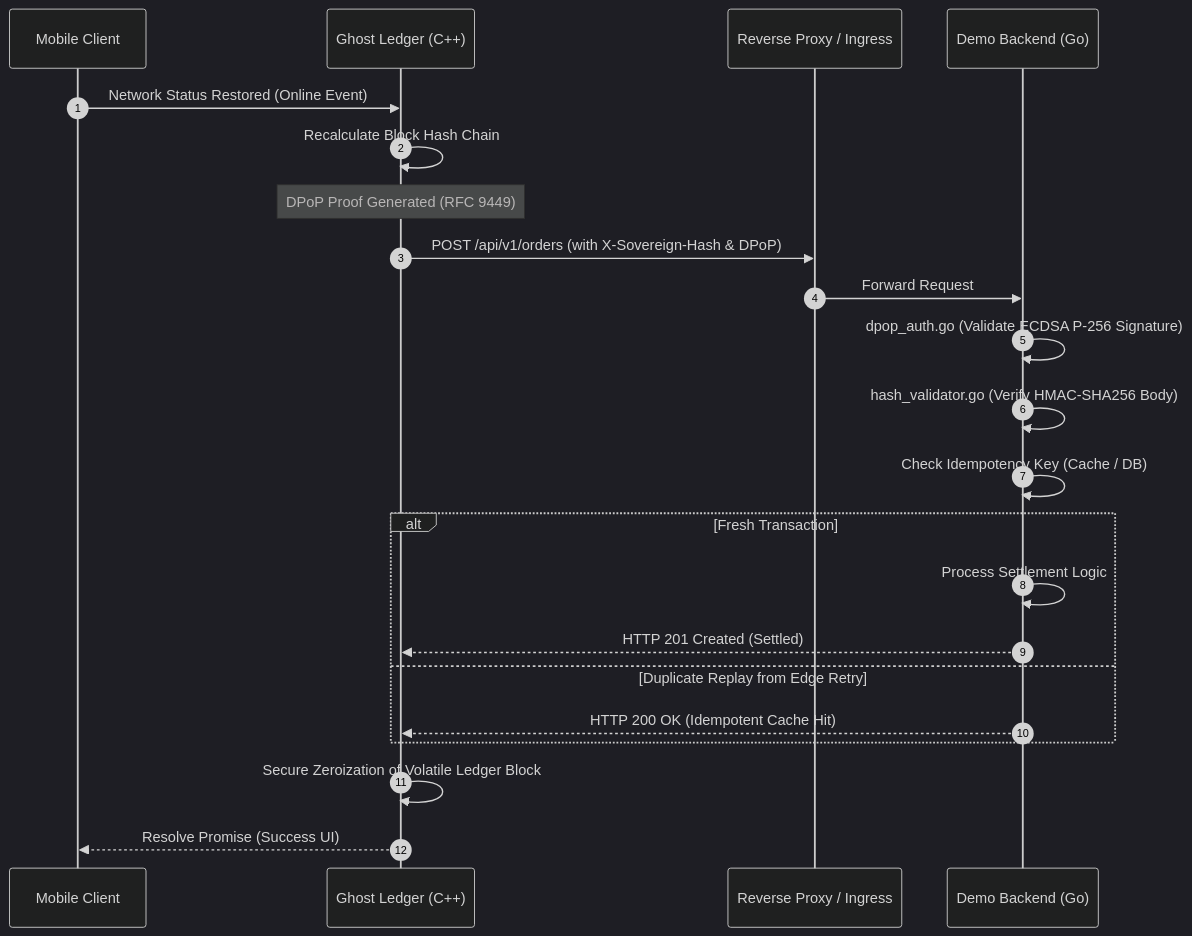
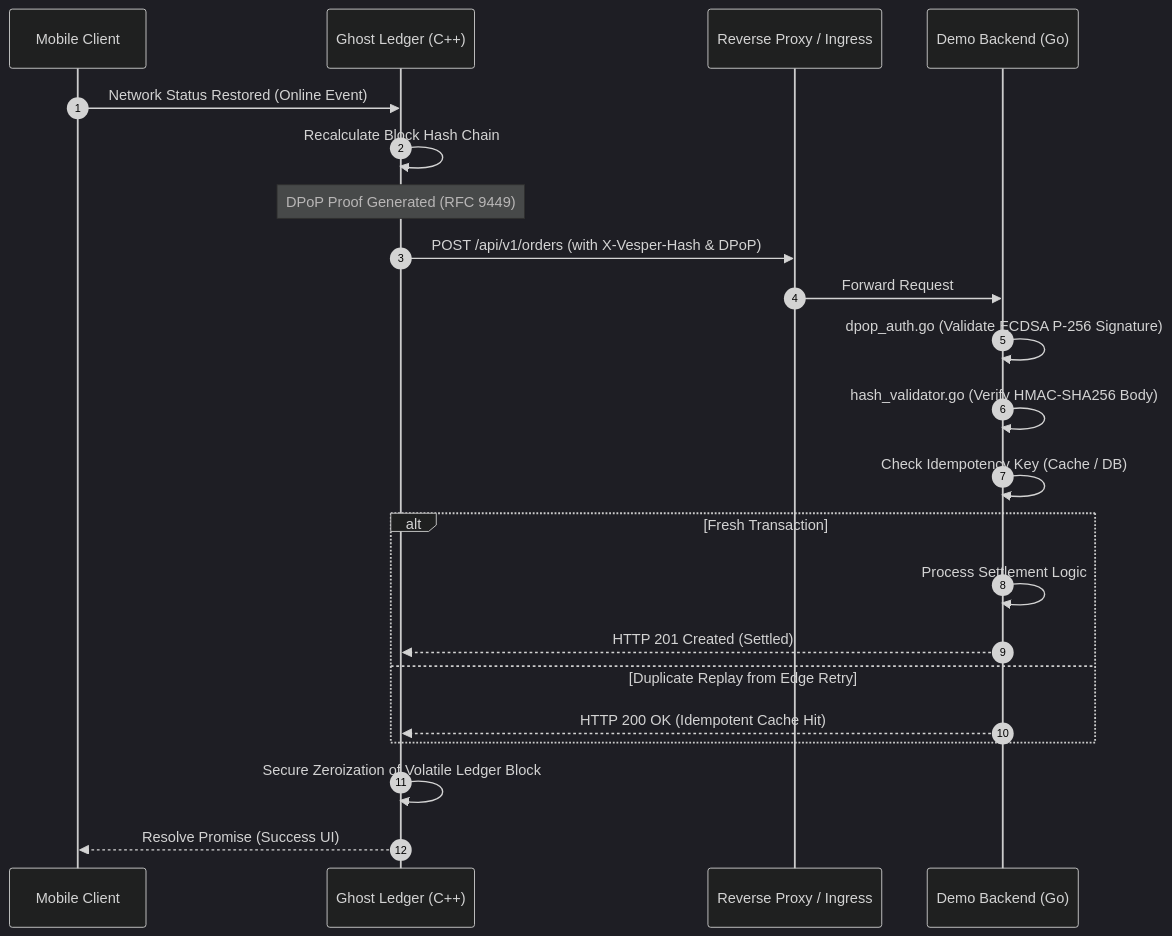
Before and after one commit to ChristianPastenC/vesper-platform: the second of 3 diagrams in docs/operational_resilience/bcp_drp_runbook.md, drawn with Mermaid (dark theme). The commit also changed other lines of this file and 267 other files, not shown here.

````diff
--- a/docs/operational_resilience/bcp_drp_runbook.md
+++ b/docs/operational_resilience/bcp_drp_runbook.md
@@ -66,27 +66,27 @@
 ```mermaid
 sequenceDiagram
     autonumber
     participant App as Mobile Client
     participant Core as Ghost Ledger (C++)
     participant Gateway as Reverse Proxy / Ingress
     participant Verifier as Demo Backend (Go)
 
     App->>Core: Network Status Restored (Online Event)
     Core->>Core: Recalculate Block Hash Chain
     Note over Core: DPoP Proof Generated (RFC 9449)
-    Core->>Gateway: POST /api/v1/orders (with X-Sovereign-Hash & DPoP)
+    Core->>Gateway: POST /api/v1/orders (with X-Vesper-Hash & DPoP)
     Gateway->>Verifier: Forward Request
     Verifier->>Verifier: dpop_auth.go (Validate ECDSA P-256 Signature)
     Verifier->>Verifier: hash_validator.go (Verify HMAC-SHA256 Body)
     Verifier->>Verifier: Check Idempotency Key (Cache / DB)
     
     alt Fresh Transaction
         Verifier->>Verifier: Process Settlement Logic
         Verifier-->>Core: HTTP 201 Created (Settled)
     else Duplicate Replay from Edge Retry
         Verifier-->>Core: HTTP 200 OK (Idempotent Cache Hit)
     end
     
     Core->>Core: Secure Zeroization of Volatile Ledger Block
     Core-->>App: Resolve Promise (Success UI)
 ```
````
